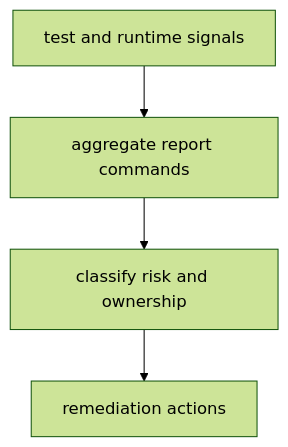
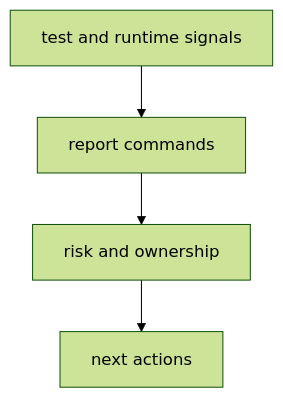
Before and after one commit to bijux/bijux-cli: the diagram in docs/bijux-dev/operations/diagnostics-and-reporting.md, drawn with Mermaid (forest theme). The commit also changed other lines of this file, not shown here.

````diff
--- a/docs/bijux-dev/operations/diagnostics-and-reporting.md
+++ b/docs/bijux-dev/operations/diagnostics-and-reporting.md
@@ -17,6 +20,6 @@
 ```mermaid
 flowchart TD
-    signals[test and runtime signals] --> aggregate[aggregate report commands]
-    aggregate --> classify[classify risk and ownership]
-    classify --> actions[remediation actions]
+    signals["test and runtime signals"] --> aggregate["report commands"]
+    aggregate --> classify["risk and ownership"]
+    classify --> actions["next actions"]
 ```
````
